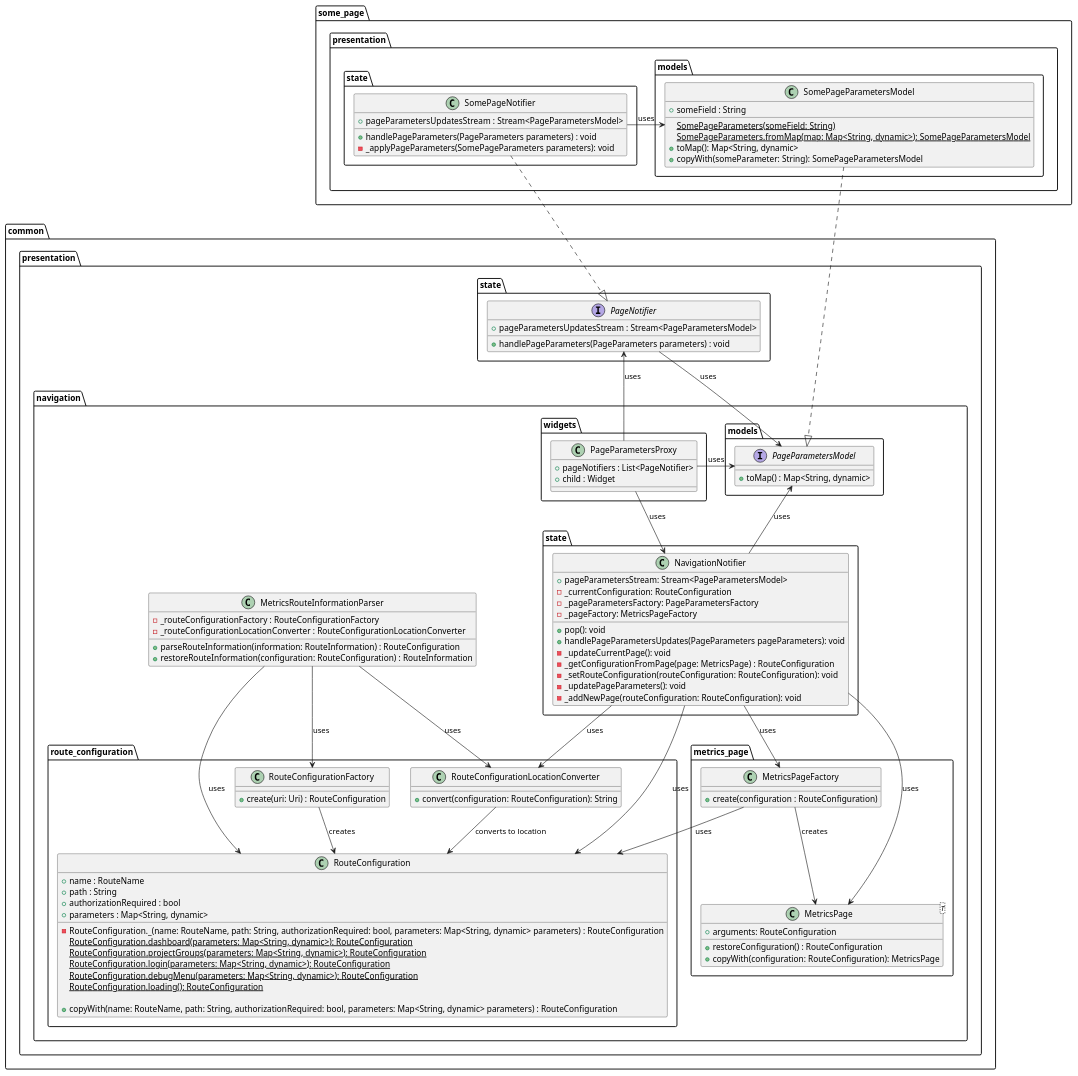
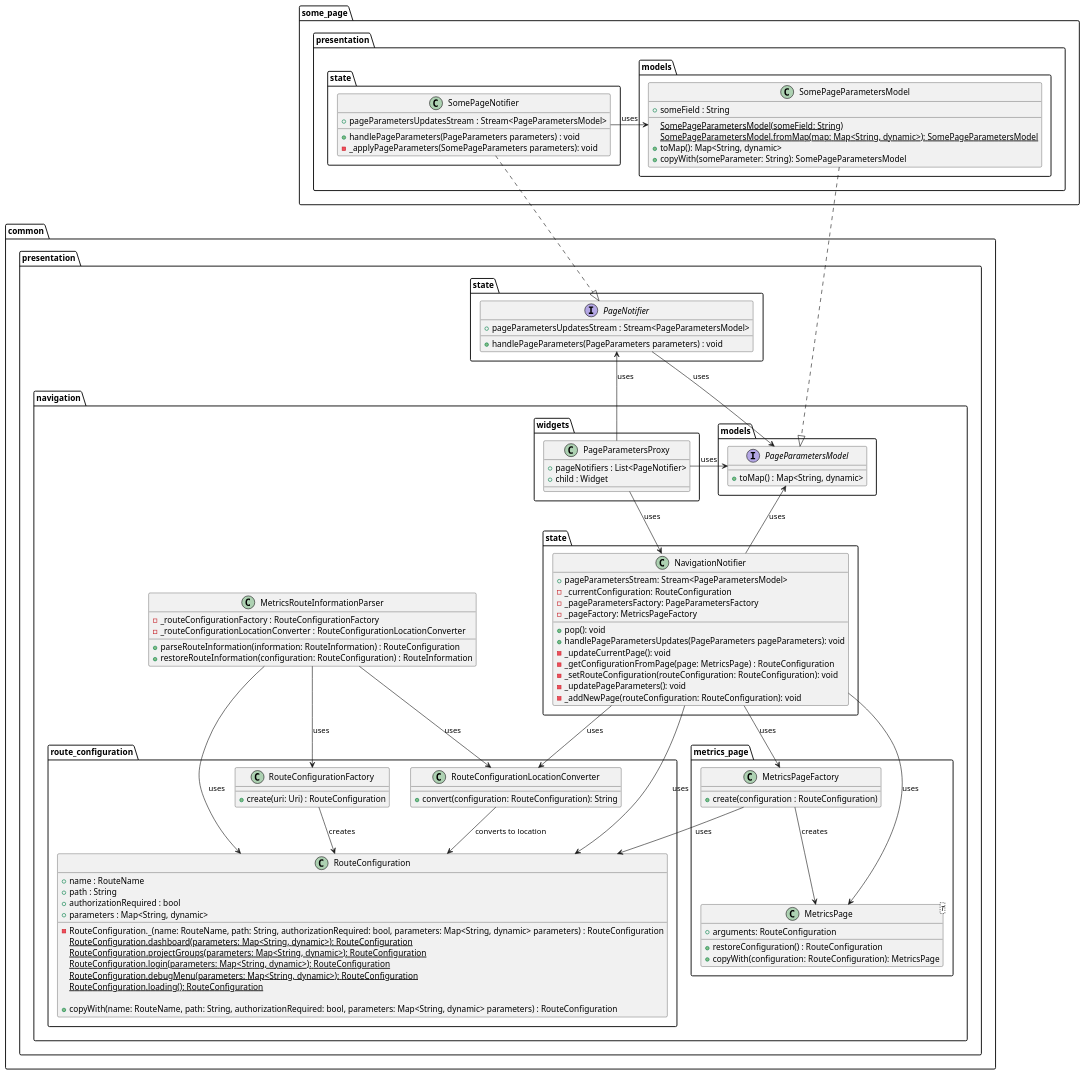
One commit to Flank/flank-dashboard changed the diagram in metrics/web/docs/features/deep_links/diagrams/deep_links_class_diagram.puml. Above: the diagram before and after it, drawn with PlantUML. The commit also changed 1 other file, not shown here.

```diff
--- a/metrics/web/docs/features/deep_links/diagrams/deep_links_class_diagram.puml
+++ b/metrics/web/docs/features/deep_links/diagrams/deep_links_class_diagram.puml
@@ -1,140 +1,140 @@
 @startuml deep_links_class_diagram
 package common.presentation {
     package navigation {
         class MetricsRouteInformationParser {
             - _routeConfigurationFactory : RouteConfigurationFactory
             - _routeConfigurationLocationConverter : RouteConfigurationLocationConverter
 
             + parseRouteInformation(information: RouteInformation) : RouteConfiguration
             + restoreRouteInformation(configuration: RouteConfiguration) : RouteInformation
         }
 
         package metrics_page {
             class MetricsPage<T> {
                 + arguments: RouteConfiguration
 
                 + restoreConfiguration() : RouteConfiguration
                 + copyWith(configuration: RouteConfiguration): MetricsPage
             }
 
             class MetricsPageFactory {
                 + create(configuration : RouteConfiguration)
             }
         }
 
         package route_configuration {
             class RouteConfiguration {
                 + name : RouteName
                 + path : String
                 + authorizationRequired : bool
                 + parameters : Map<String, dynamic>
 
                 - RouteConfiguration._(name: RouteName, path: String, authorizationRequired: bool, parameters: Map<String, dynamic> parameters) : RouteConfiguration
                 {static} RouteConfiguration.dashboard(parameters: Map<String, dynamic>): RouteConfiguration
                 {static} RouteConfiguration.projectGroups(parameters: Map<String, dynamic>): RouteConfiguration
                 {static} RouteConfiguration.login(parameters: Map<String, dynamic>): RouteConfiguration
                 {static} RouteConfiguration.debugMenu(parameters: Map<String, dynamic>): RouteConfiguration
                 {static} RouteConfiguration.loading(): RouteConfiguration
 
                 + copyWith(name: RouteName, path: String, authorizationRequired: bool, parameters: Map<String, dynamic> parameters) : RouteConfiguration
             }
 
             class RouteConfigurationFactory {
                 + create(uri: Uri) : RouteConfiguration
             }
 
             class RouteConfigurationLocationConverter {
                 + convert(configuration: RouteConfiguration): String
             }
         }
 
         package state {
             class NavigationNotifier {
                 + pageParametersStream: Stream<PageParametersModel>
                 - _currentConfiguration: RouteConfiguration
                 - _pageParametersFactory: PageParametersFactory
                 - _pageFactory: MetricsPageFactory
 
                 + pop(): void
                 + handlePageParametersUpdates(PageParameters pageParameters): void
                 - _updateCurrentPage(): void
                 - _getConfigurationFromPage(page: MetricsPage) : RouteConfiguration
                 - _setRouteConfiguration(routeConfiguration: RouteConfiguration): void
                 - _updatePageParameters(): void
                 - _addNewPage(routeConfiguration: RouteConfiguration): void
             }
         }
 
         package models {
             interface PageParametersModel {
                 + toMap() : Map<String, dynamic>
             }
         }
 
         package widgets {
             class PageParametersProxy {
                 + pageNotifiers : List<PageNotifier>
                 + child : Widget
             }
         }
     }
 
     package state as common_state {
         interface PageNotifier {
             + pageParametersUpdatesStream : Stream<PageParametersModel>
             + handlePageParameters(PageParameters parameters) : void
         }
 
     }
 }
 
 package some_page.presentation {
     package models as some_page_models {
         class SomePageParametersModel {
             + someField : String
 
-            {static} SomePageParameters(someField: String)
-            {static} SomePageParameters.fromMap(map: Map<String, dynamic>): SomePageParametersModel
+            {static} SomePageParametersModel(someField: String)
+            {static} SomePageParametersModel.fromMap(map: Map<String, dynamic>): SomePageParametersModel
             + toMap(): Map<String, dynamic>
             + copyWith(someParameter: String): SomePageParametersModel
         }
     }
 
    package state as some_page_state {
        class SomePageNotifier {
            + pageParametersUpdatesStream : Stream<PageParametersModel>
            + handlePageParameters(PageParameters parameters) : void
            - _applyPageParameters(SomePageParameters parameters): void
        }
    }
 }
 
 PageParametersProxy -up-> PageNotifier : uses
 PageParametersProxy --> NavigationNotifier : uses
 PageParametersProxy -right-> PageParametersModel : uses
 
 PageNotifier --> PageParametersModel : uses
 
 MetricsPageFactory --> MetricsPage : creates
 MetricsPageFactory --> RouteConfiguration : uses
 
 RouteConfigurationFactory --> RouteConfiguration : creates
 
 MetricsRouteInformationParser --> RouteConfiguration : uses
 MetricsRouteInformationParser --> RouteConfigurationLocationConverter : uses
 MetricsRouteInformationParser --> RouteConfigurationFactory : uses
 
 RouteConfigurationLocationConverter --> RouteConfiguration : converts to location
 
 NavigationNotifier --> RouteConfigurationLocationConverter : uses
 NavigationNotifier --> RouteConfiguration : uses
 NavigationNotifier --> MetricsPageFactory : uses
 NavigationNotifier --> MetricsPage : uses
 NavigationNotifier -up-> PageParametersModel : uses
 
 SomePageParametersModel ..|> PageParametersModel
 
 SomePageNotifier ..|> PageNotifier
 SomePageNotifier -left-> SomePageParametersModel : uses
 
 @enduml
```
